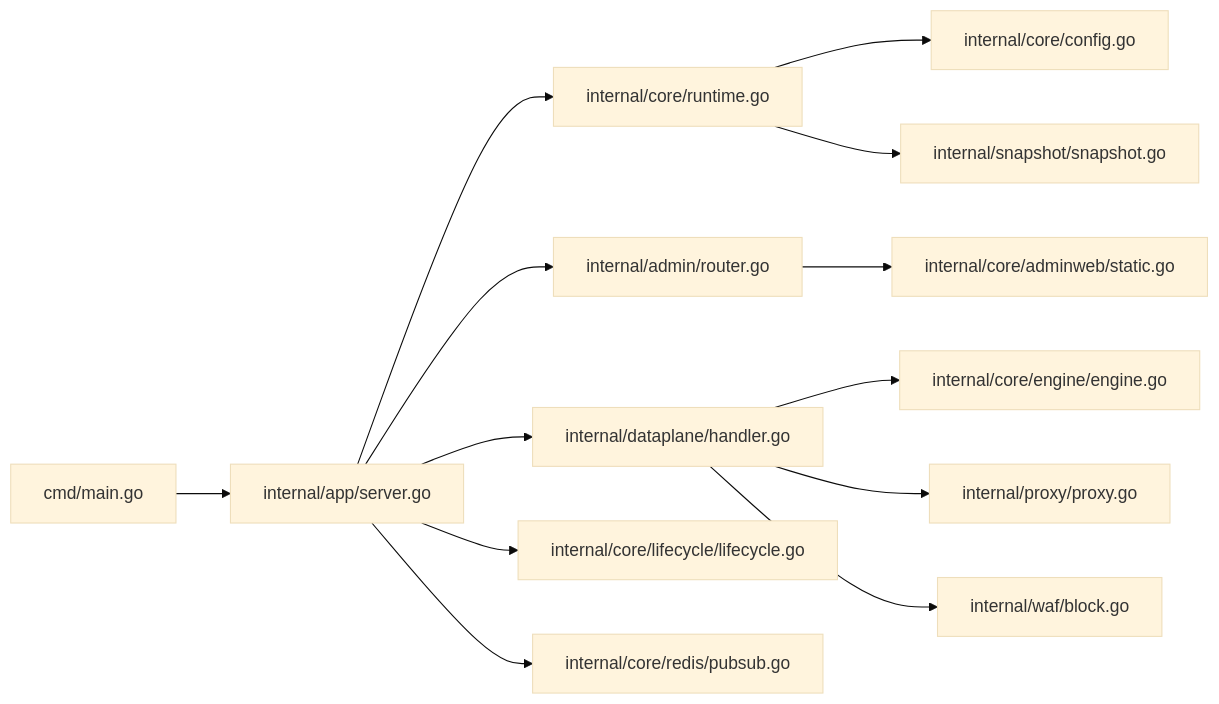
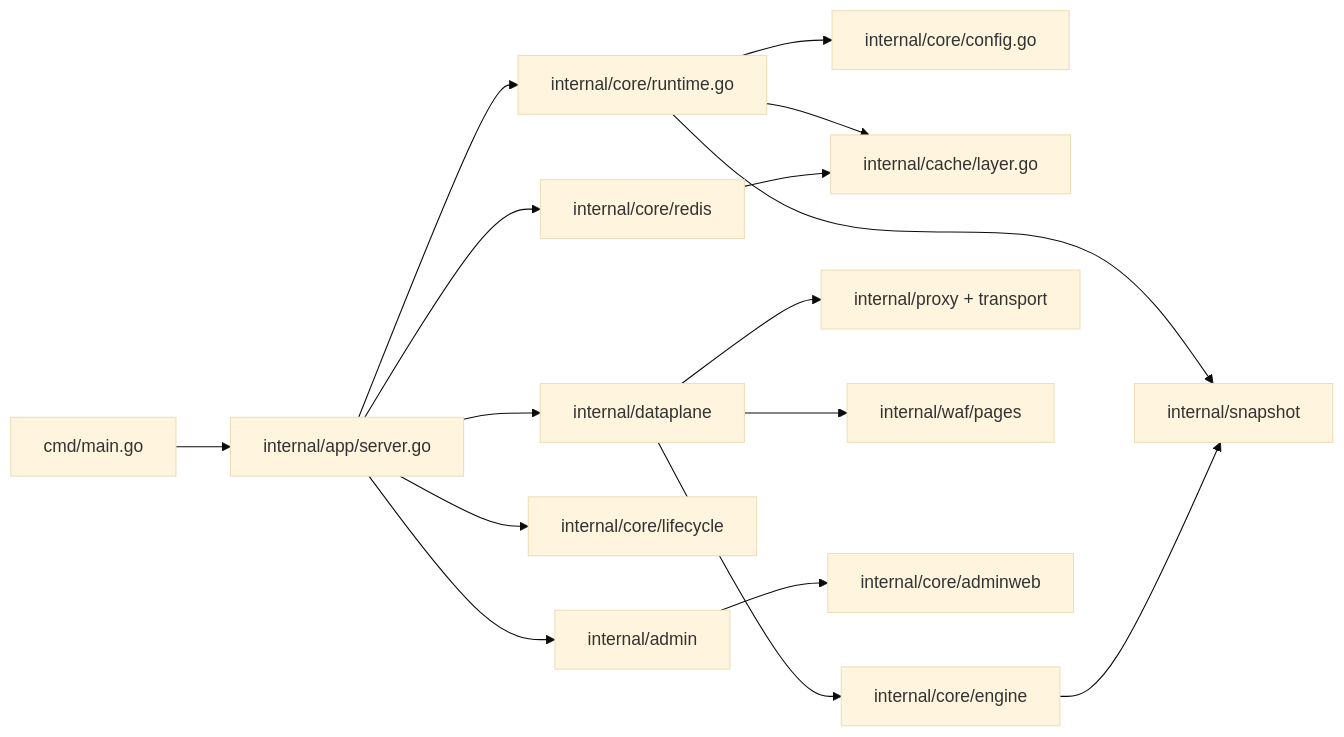
One commit to x01n/My-OpenWaf changed the eighth of 9 diagrams in docs/系统架构设计/系统架构设计.md. Above: the diagram before and after it, drawn with Mermaid (base theme). The commit also changed other lines of this file and 622 other files, not shown here.

````diff
--- a/docs/系统架构设计/系统架构设计.md
+++ b/docs/系统架构设计/系统架构设计.md
@@ -279,15 +498,18 @@
 ```mermaid
 graph LR
-M["cmd/main.go"] --> APP["internal/app/server.go"]
-APP --> RT["internal/core/runtime.go"]
-RT --> CFG["internal/core/config.go"]
-RT --> SNAP["internal/snapshot/snapshot.go"]
-APP --> ADM["internal/admin/router.go"]
-APP --> DP["internal/dataplane/handler.go"]
-DP --> ENG["internal/core/engine/engine.go"]
-DP --> PRX["internal/proxy/proxy.go"]
-DP --> BLK["internal/waf/block.go"]
-APP --> LIFE["internal/core/lifecycle/lifecycle.go"]
-APP --> REDIS["internal/core/redis/pubsub.go"]
-ADM --> FE["internal/core/adminweb/static.go"]
+  MAIN["cmd/main.go"] --> APP["internal/app/server.go"]
+  APP --> RT["internal/core/runtime.go"]
+  RT --> CFG["internal/core/config.go"]
+  RT --> SNAP["internal/snapshot"]
+  RT --> CACHE["internal/cache/layer.go"]
+  APP --> ADM["internal/admin"]
+  APP --> DP["internal/dataplane"]
+  DP --> ENG["internal/core/engine"]
+  DP --> PX["internal/proxy + transport"]
+  DP --> PGES["internal/waf/pages"]
+  ENG --> SNAP
+  APP --> LIFE["internal/core/lifecycle"]
+  APP --> PUB["internal/core/redis"]
+  ADM --> WEB["internal/core/adminweb"]
+  PUB --> CACHE
 ```
````
